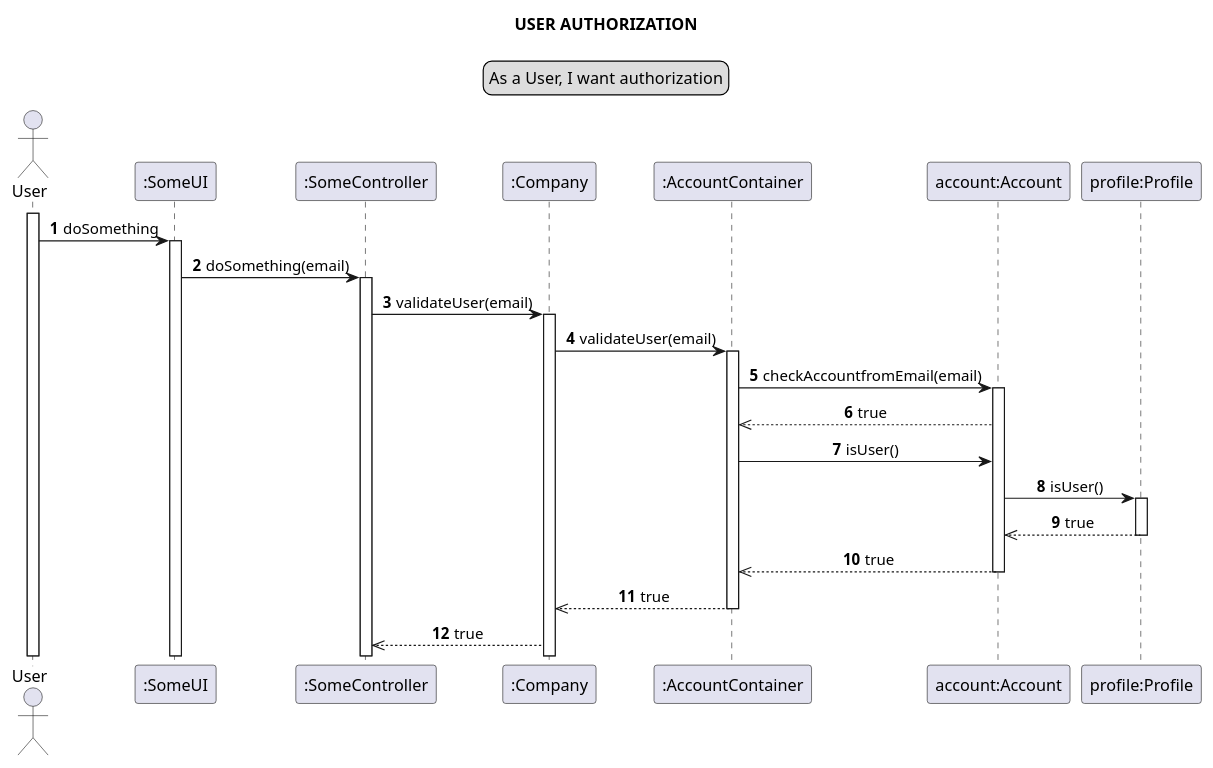
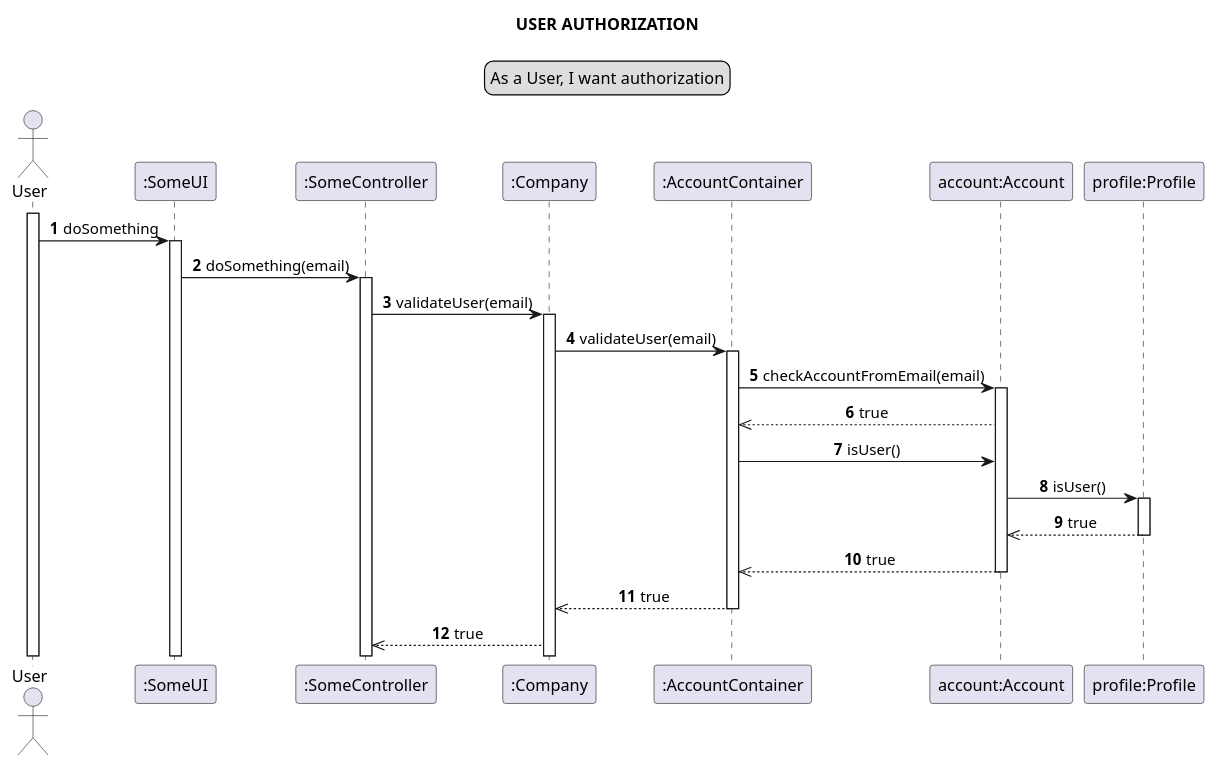
Before and after one commit to Loracline/project_switch_22-23: the diagram in docs/modelling_design/user_stories/reference_diagrams/validateUser_sequenceDiagram.puml, drawn with PlantUML. The commit also changed 6 other files, not shown here.

Commit message:
Reference Diagrams (general): Design: refinement. Renaming the methods name with "DTO" to "Dto”. Correction of naming in the method present in some Sequence Diagrams, “checkAccountfromEmail(email)” to "checkAccountFromEmail(email)". Add validateAdministrator and validateUser respective Class Diagram

```diff
--- a/docs/modelling_design/user_stories/reference_diagrams/validateUser_sequenceDiagram.puml
+++ b/docs/modelling_design/user_stories/reference_diagrams/validateUser_sequenceDiagram.puml
@@ -1,42 +1,42 @@
 @startuml
 'https://plantuml.com/sequence-diagram
 
 autonumber
 
 skinparam sequenceMessageAlign center
 title USER AUTHORIZATION
 legend top
 As a User, I want authorization
 end legend
 autonumber
 actor User
 participant ":SomeUI" as ui
 participant ":SomeController" as controller
 participant ":Company" as company
 participant ":AccountContainer" as ac
 participant "account:Account" as a
 participant "profile:Profile" as p
 
 activate User
 User -> ui: doSomething
 activate ui
 ui -> controller: doSomething(email)
 activate controller
 controller -> company: validateUser(email)
 activate company
 company -> ac: validateUser(email)
 activate ac
-ac -> a: checkAccountfromEmail(email)
+ac -> a: checkAccountFromEmail(email)
 activate a
 a-->>ac: true
 ac -> a: isUser()
 a-> p: isUser()
 activate p
 p-->> a:true
 deactivate p
 a -->> ac: true
 deactivate a
 ac -->> company: true
 deactivate ac
 company-->> controller: true
 @enduml
```
